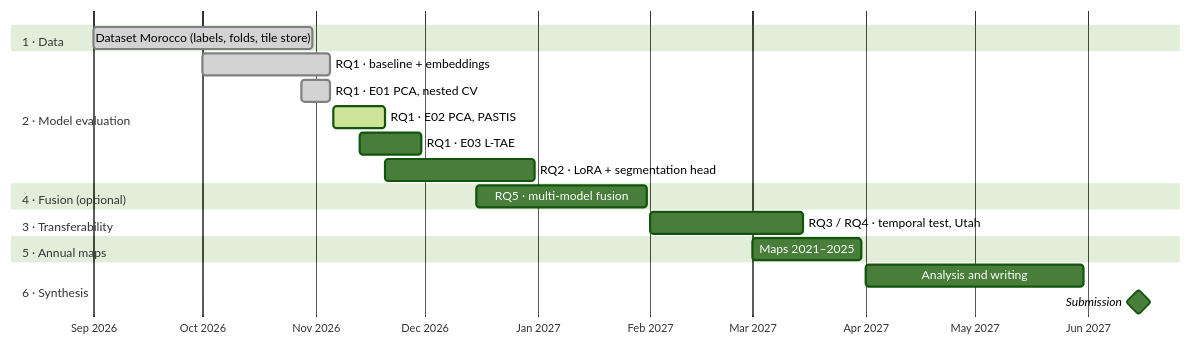
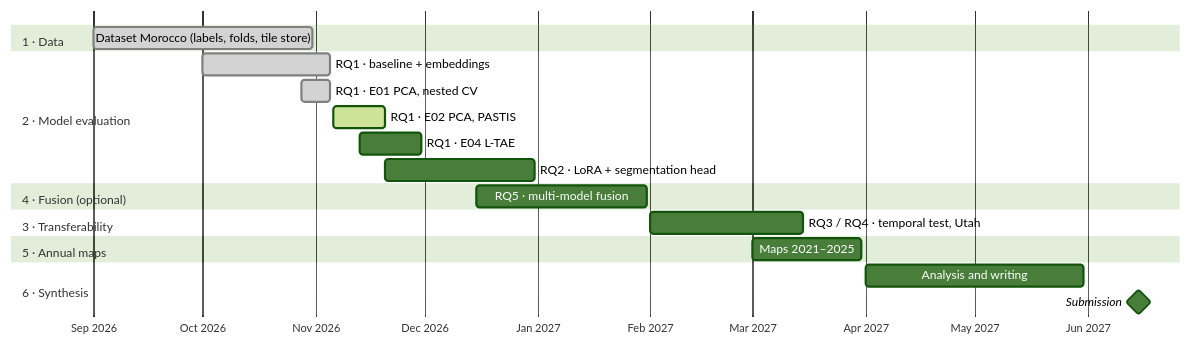
The diagram in docs/progress_report.md (amanchry/irrimapping-geofm), drawn with Mermaid (forest theme) before and after one commit. The commit also changed other lines of this file and 48 other files, not shown here.

````diff
--- a/docs/progress_report.md
+++ b/docs/progress_report.md
@@ -20,22 +20,22 @@
 ```mermaid
 gantt
     dateFormat  YYYY-MM-DD
     axisFormat  %b %Y
     section 1 · Data
     Dataset Morocco (labels, folds, tile store) :done,   d1, 2026-09-01, 2026-10-31
     section 2 · Model evaluation
     RQ1 · baseline + embeddings                 :done,   r1, 2026-10-01, 2026-11-05
     RQ1 · E01 PCA, nested CV                    :done,   r2, 2026-10-28, 2026-11-05
     RQ1 · E02 PCA, PASTIS                       :active, r3, 2026-11-06, 2026-11-20
-    RQ1 · E03 L-TAE                             :        r4, 2026-11-13, 2026-11-30
+    RQ1 · E04 L-TAE                             :        r4, 2026-11-13, 2026-11-30
     RQ2 · LoRA + segmentation head              :        f1, 2026-11-20, 2026-12-31
     section 4 · Fusion (optional)
     RQ5 · multi-model fusion                    :        u1, 2026-12-15, 2027-01-31
     section 3 · Transferability
     RQ3 / RQ4 · temporal test, Utah             :        t1, 2027-02-01, 2027-03-15
     section 5 · Annual maps
     Maps 2021–2025                              :        m1, 2027-03-01, 2027-03-31
     section 6 · Synthesis
     Analysis and writing                        :        w1, 2027-04-01, 2027-05-31
     Submission                                  :milestone, w2, 2027-06-15, 0d
 ```
````
